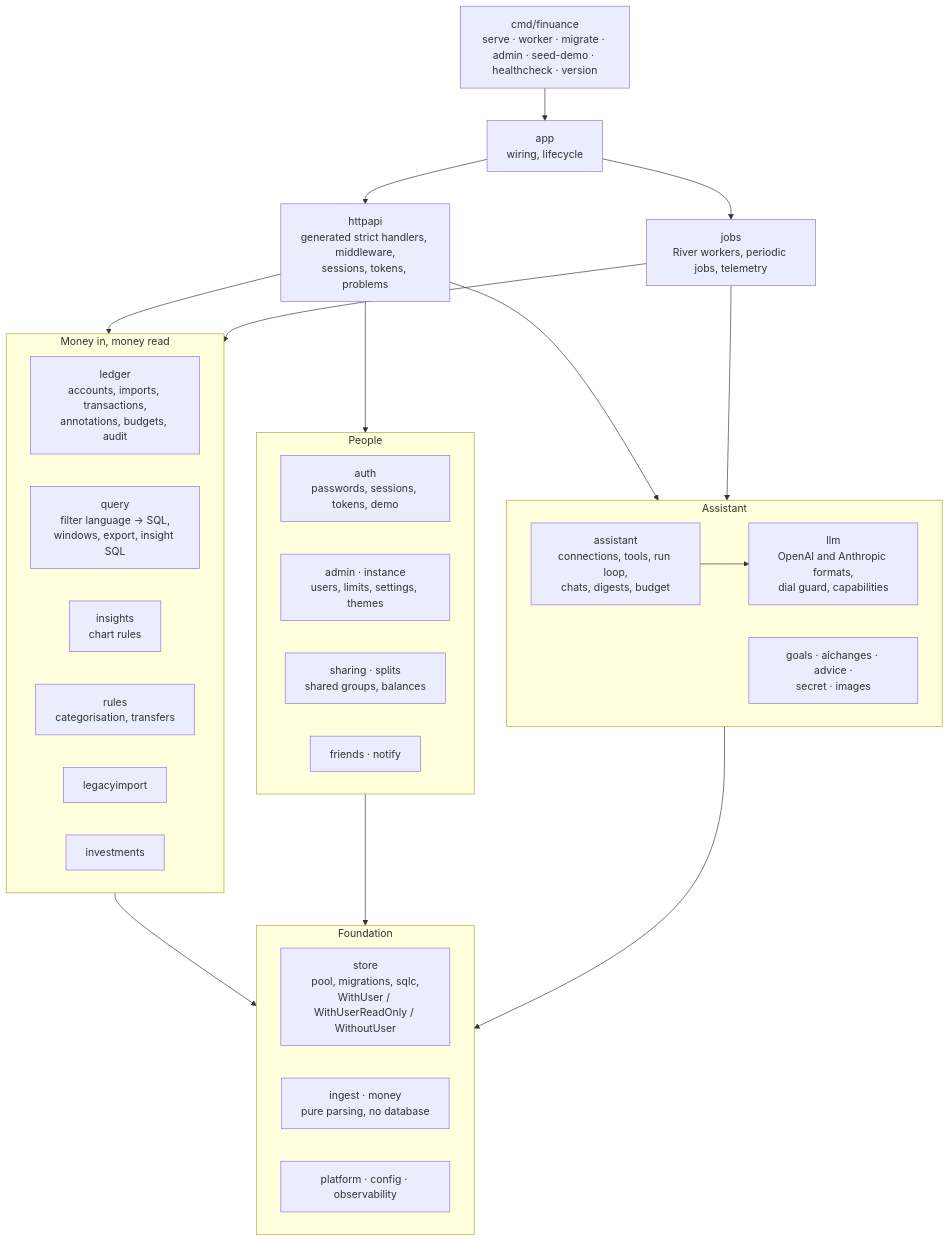
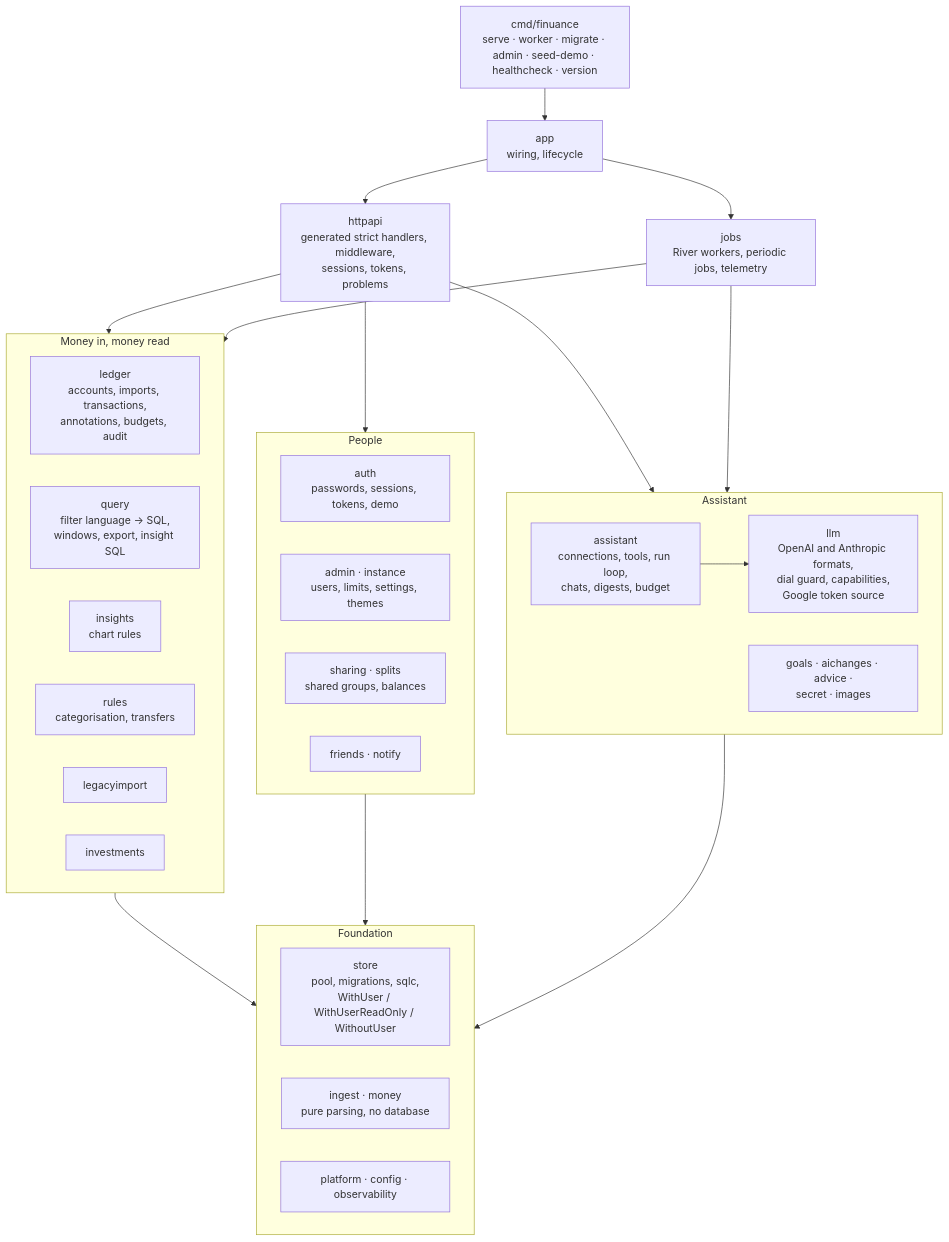
One commit to x2db736ac85h/Finuance changed the second of 3 diagrams in docs/COMPONENTS.md. Above: the diagram before and after it, drawn with Mermaid. The commit also changed other lines of this file and 7 other files, not shown here.

````diff
--- a/docs/COMPONENTS.md
+++ b/docs/COMPONENTS.md
@@ -84,44 +84,44 @@
 ```mermaid
 flowchart TB
     cmd["cmd/finuance<br/>serve · worker · migrate · admin · seed-demo · healthcheck · version"] --> appp["app<br/>wiring, lifecycle"]
     appp --> httpapi["httpapi<br/>generated strict handlers, middleware,<br/>sessions, tokens, problems"]
     appp --> jobs["jobs<br/>River workers, periodic jobs, telemetry"]
 
     subgraph money["Money in, money read"]
         ledger["ledger<br/>accounts, imports, transactions,<br/>annotations, budgets, audit"]
         query["query<br/>filter language → SQL,<br/>windows, export, insight SQL"]
         insights["insights<br/>chart rules"]
         rules["rules<br/>categorisation, transfers"]
         legacy["legacyimport"]
         invest["investments"]
     end
 
     subgraph people["People"]
         auth["auth<br/>passwords, sessions, tokens, demo"]
         admin["admin · instance<br/>users, limits, settings, themes"]
         sharing["sharing · splits<br/>shared groups, balances"]
         friends["friends · notify"]
     end
 
     subgraph ai["Assistant"]
         assistant["assistant<br/>connections, tools, run loop,<br/>chats, digests, budget"]
-        llm["llm<br/>OpenAI and Anthropic formats,<br/>dial guard, capabilities"]
+        llm["llm<br/>OpenAI and Anthropic formats,<br/>dial guard, capabilities,<br/>Google token source"]
         aiother["goals · aichanges · advice ·<br/>secret · images"]
     end
 
     subgraph base["Foundation"]
         store["store<br/>pool, migrations, sqlc,<br/>WithUser / WithUserReadOnly / WithoutUser"]
         pure["ingest · money<br/>pure parsing, no database"]
         platform["platform · config · observability"]
     end
 
     httpapi --> money
     httpapi --> people
     httpapi --> ai
     jobs --> money
     jobs --> ai
     money --> base
     people --> base
     ai --> base
     assistant --> llm
 ```
````
